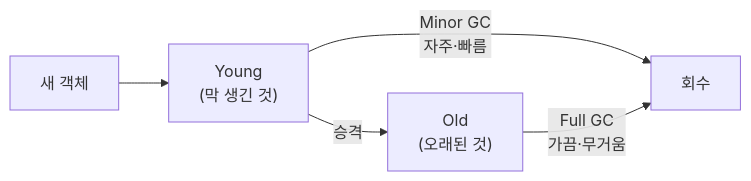
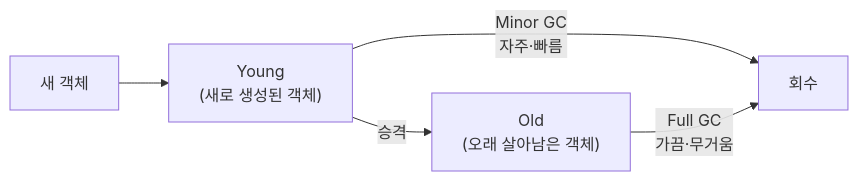
Before and after one commit to johnycho/johny-dev: the first of 9 diagrams in blog/2026-08-18-java-gc-types.mdx, drawn with Mermaid. The commit also changed other lines of this file and 17 other files, not shown here.

First line of the commit message:
java-gc-types 다이어그램 보강 및 지양어 정리(멈춤·세우다·늘어놓다·깨다·쓸어내기 등)

````diff
--- a/blog/2026-08-18-java-gc-types.mdx
+++ b/blog/2026-08-18-java-gc-types.mdx
@@ -19,7 +19,7 @@
 ```mermaid
 flowchart LR
-    N["새 객체"] --> Y["Young<br/>(막 생긴 것)"]
+    N["새 객체"] --> Y["Young<br/>(새로 생성된 객체)"]
     Y -->|Minor GC<br/>자주·빠름| X["회수"]
-    Y -->|승격| O["Old<br/>(오래된 것)"]
+    Y -->|승격| O["Old<br/>(오래 살아남은 객체)"]
     O -->|Full GC<br/>가끔·무거움| X
 ```
````
